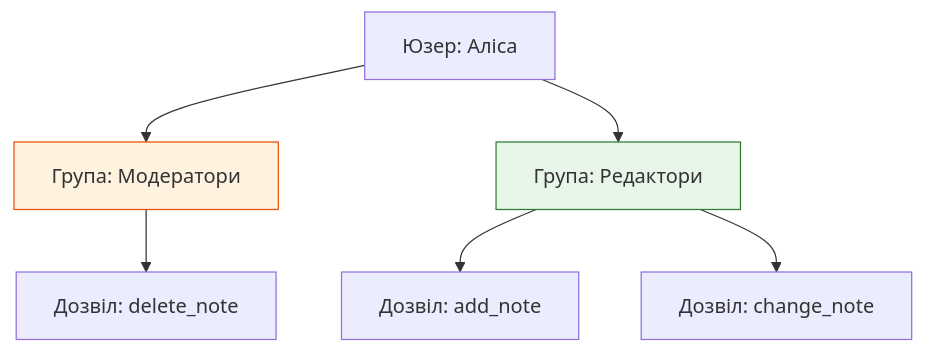
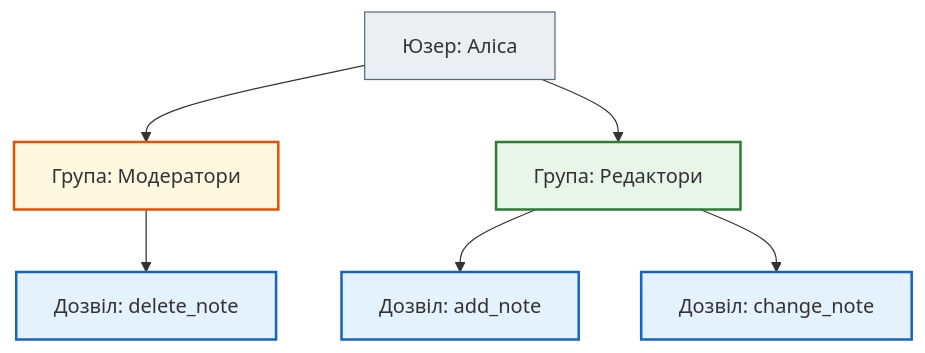
Before and after one commit to NikoriakViktot/notes_chat_app: the first of 2 diagrams in docs/07_auth_and_security/permissions_full.md, drawn with Mermaid. The commit also changed 441 other files, not shown here.

First line of the commit message:
Add English version of the book, Mermaid standard, docs fixes

````diff
--- a/docs/07_auth_and_security/permissions_full.md
+++ b/docs/07_auth_and_security/permissions_full.md
@@ -97,11 +97,17 @@
 ```mermaid
 graph TD
     A[Юзер: Аліса] --> B[Група: Модератори]
     A --> C[Група: Редактори]
     B --> D[Дозвіл: delete_note]
     C --> E[Дозвіл: add_note]
     C --> F[Дозвіл: change_note]
-    
-    style B fill:#fff3e0,stroke:#e65100
-    style C fill:#e8f5e9,stroke:#2e7d32
+
+    classDef step     fill:#eceff1,stroke:#546e7a,stroke-width:1px;
+    classDef decision fill:#e3f2fd,stroke:#1565c0,stroke-width:2px;
+    classDef success  fill:#e8f5e9,stroke:#2e7d32,stroke-width:2px;
+    classDef warning  fill:#fff8e1,stroke:#e65100,stroke-width:2px;
+    class A step;
+    class D,E,F decision;
+    class C success;
+    class B warning;
 ```
````
